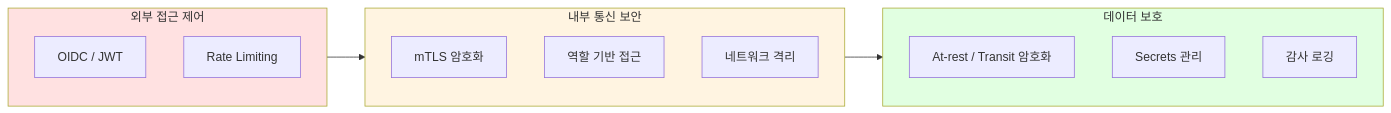
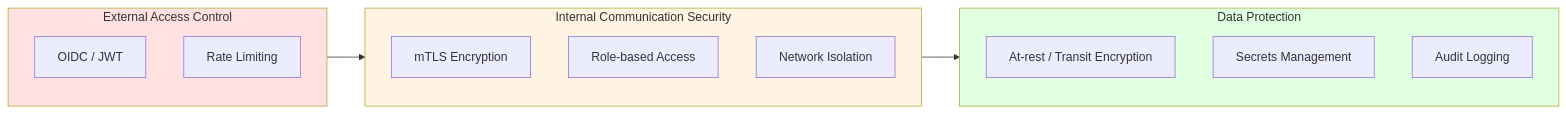
Before and after one commit to devfloor9/engineering-playbook: the fourth of 5 diagrams in i18n/en/docusaurus-plugin-content-docs/current/agentic-ai-platform/design-architecture/agentic-platform-architecture.md, drawn with Mermaid. The commit also changed other lines of this file and 16 other files, not shown here.

````diff
--- a/i18n/en/docusaurus-plugin-content-docs/current/agentic-ai-platform/design-architecture/agentic-platform-architecture.md
+++ b/i18n/en/docusaurus-plugin-content-docs/current/agentic-ai-platform/design-architecture/agentic-platform-architecture.md
@@ -255,25 +255,25 @@
 ```mermaid
 flowchart LR
-    subgraph L1["외부 접근 제어"]
+    subgraph L1["External Access Control"]
         OIDC["OIDC / JWT"]
         RATE["Rate Limiting"]
     end
 
-    subgraph L2["내부 통신 보안"]
-        MTLS["mTLS 암호화"]
-        RBAC["역할 기반 접근"]
-        NETPOL["네트워크 격리"]
+    subgraph L2["Internal Communication Security"]
+        MTLS["mTLS Encryption"]
+        RBAC["Role-based Access"]
+        NETPOL["Network Isolation"]
     end
 
-    subgraph L3["데이터 보호"]
-        ENCRYPT["At-rest / Transit 암호화"]
-        SECRETS["Secrets 관리"]
-        AUDIT["감사 로깅"]
+    subgraph L3["Data Protection"]
+        ENCRYPT["At-rest / Transit Encryption"]
+        SECRETS["Secrets Management"]
+        AUDIT["Audit Logging"]
     end
 
     L1 --> L2 --> L3
 
     style L1 fill:#ffe1e1
     style L2 fill:#fff4e1
     style L3 fill:#e1ffe1
 ```
````
